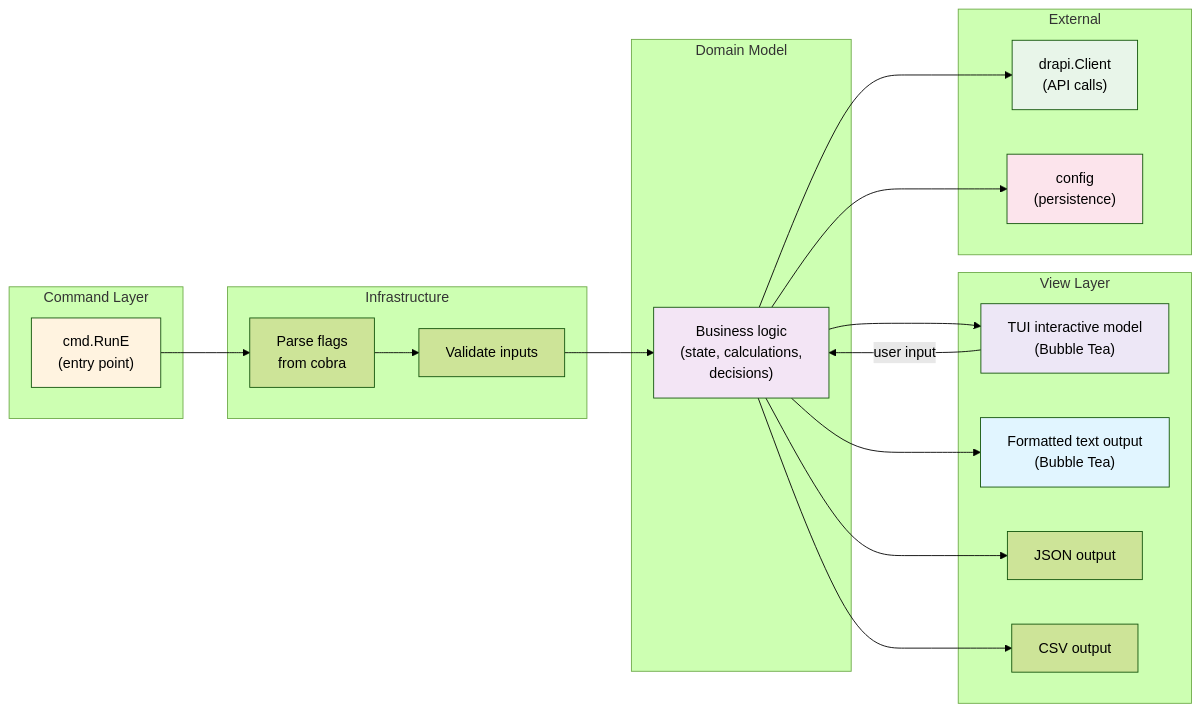
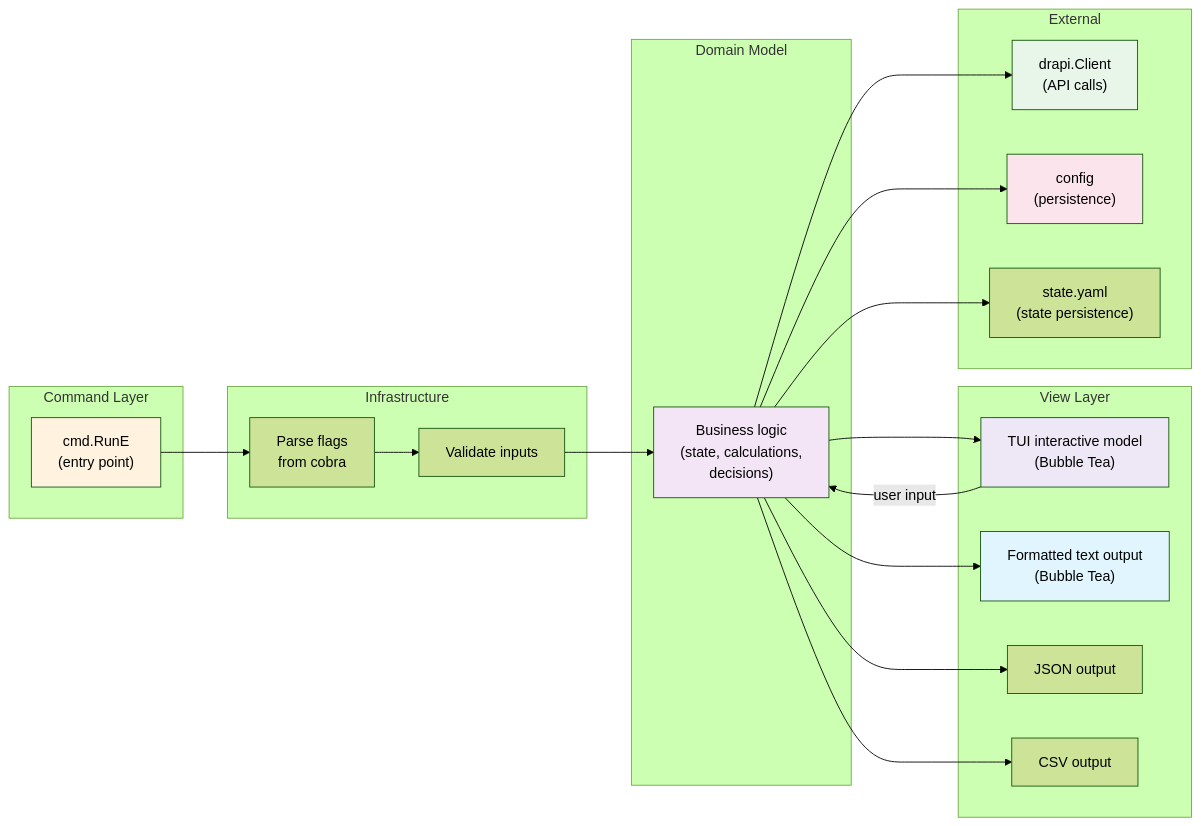
Before and after one commit to datarobot-oss/cli: the fourth of 5 diagrams in docs/development/architecture.md, drawn with Mermaid (forest theme).

Commit message:
Add state.yaml to Model-View-Cmd pattern External layer

````diff
--- a/docs/development/architecture.md
+++ b/docs/development/architecture.md
@@ -93,47 +93,49 @@
 ```mermaid
 graph LR
     subgraph "Command Layer"
         CMD["cmd.RunE<br/>(entry point)"]
     end
     
     subgraph "Infrastructure"
         PARSE["Parse flags<br/>from cobra"]
         VALIDATE["Validate inputs"]
     end
     
     subgraph "Domain Model"
         MODEL["Business logic<br/>(state, calculations,<br/>decisions)"]
     end
     
     subgraph "View Layer"
         TUI["TUI interactive model<br/>(Bubble Tea)"]
         TEXT["Formatted text output<br/>(Bubble Tea)"]
         JSON["JSON output"]
         CSV["CSV output"]
     end
     
     subgraph "External"
         API["drapi.Client<br/>(API calls)"]
         CONFIG["config<br/>(persistence)"]
+        STATE["state.yaml<br/>(state persistence)"]
     end
     
     CMD --> PARSE
     PARSE --> VALIDATE
     VALIDATE --> MODEL
     
     MODEL --> TUI
     MODEL --> TEXT
     MODEL --> JSON
     MODEL --> CSV
     MODEL --> API
     MODEL --> CONFIG
+    MODEL --> STATE
     
     TUI -->|user input| MODEL
     
     style CMD fill:#fff3e0
     style MODEL fill:#f3e5f5
     style TUI fill:#ede7f6
     style TEXT fill:#e1f5ff
     style API fill:#e8f5e9
     style CONFIG fill:#fce4ec
 ```
````
